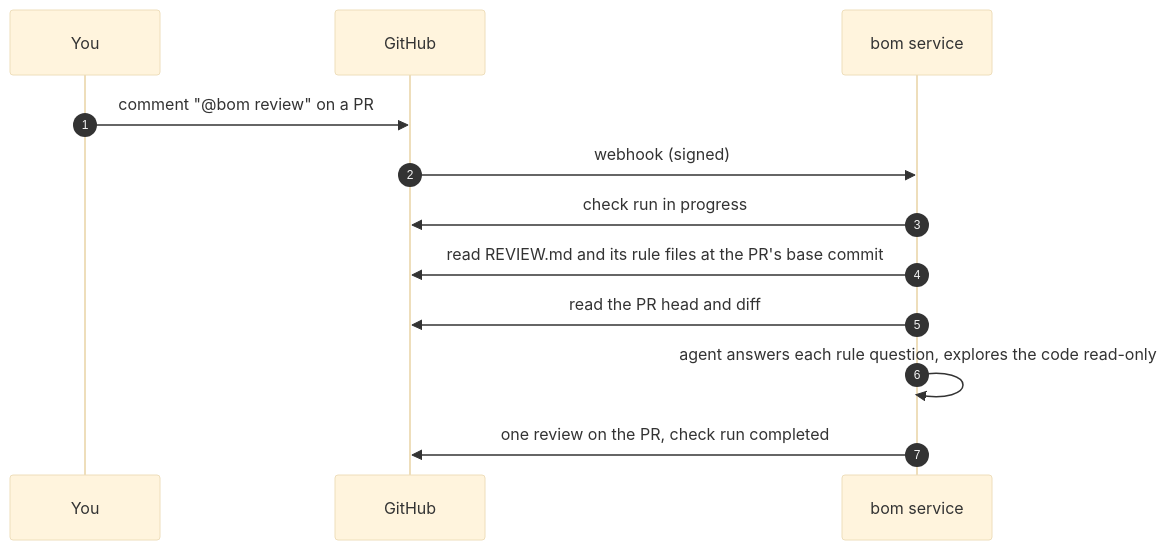
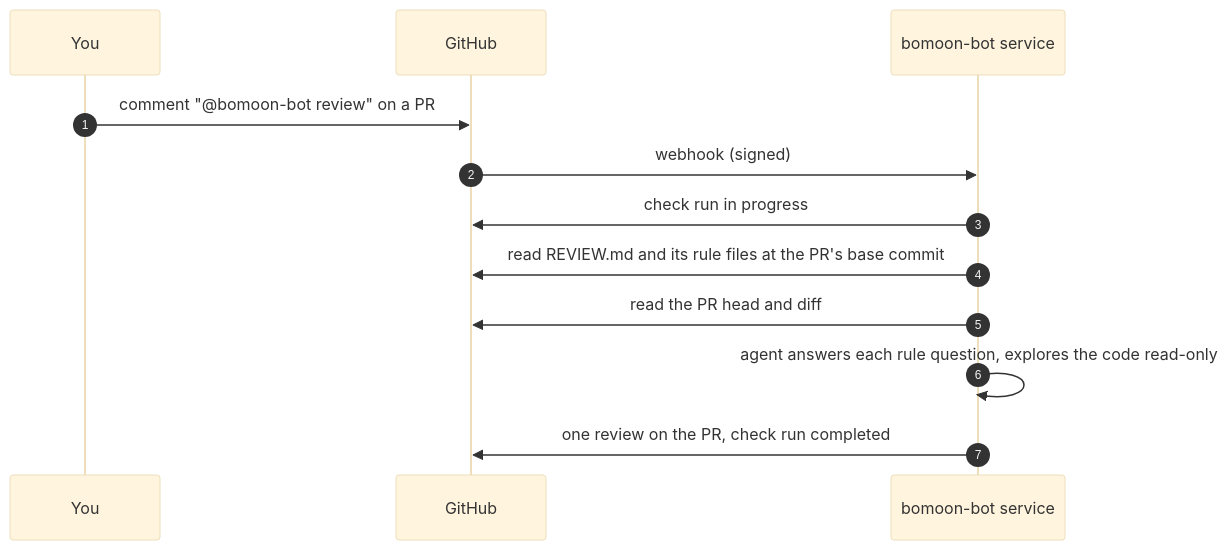
Before and after one commit to ytqh/bomoon-bot: the diagram in README.md, drawn with Mermaid (base theme). The commit also changed other lines of this file and 3 other files, not shown here.

First line of the commit message:
docs: rename to bomoon-bot (App and repo)

````diff
--- a/README.md
+++ b/README.md
@@ -15,14 +15,14 @@
 ```mermaid
 sequenceDiagram
     autonumber
     participant U as You
     participant GH as GitHub
-    participant B as bom service
-    U->>GH: comment "@bom review" on a PR
+    participant B as bomoon-bot service
+    U->>GH: comment "@bomoon-bot review" on a PR
     GH->>B: webhook (signed)
     B->>GH: check run in progress
     B->>GH: read REVIEW.md and its rule files at the PR's base commit
     B->>GH: read the PR head and diff
     B->>B: agent answers each rule question, explores the code read-only
     B->>GH: one review on the PR, check run completed
 ```
````
